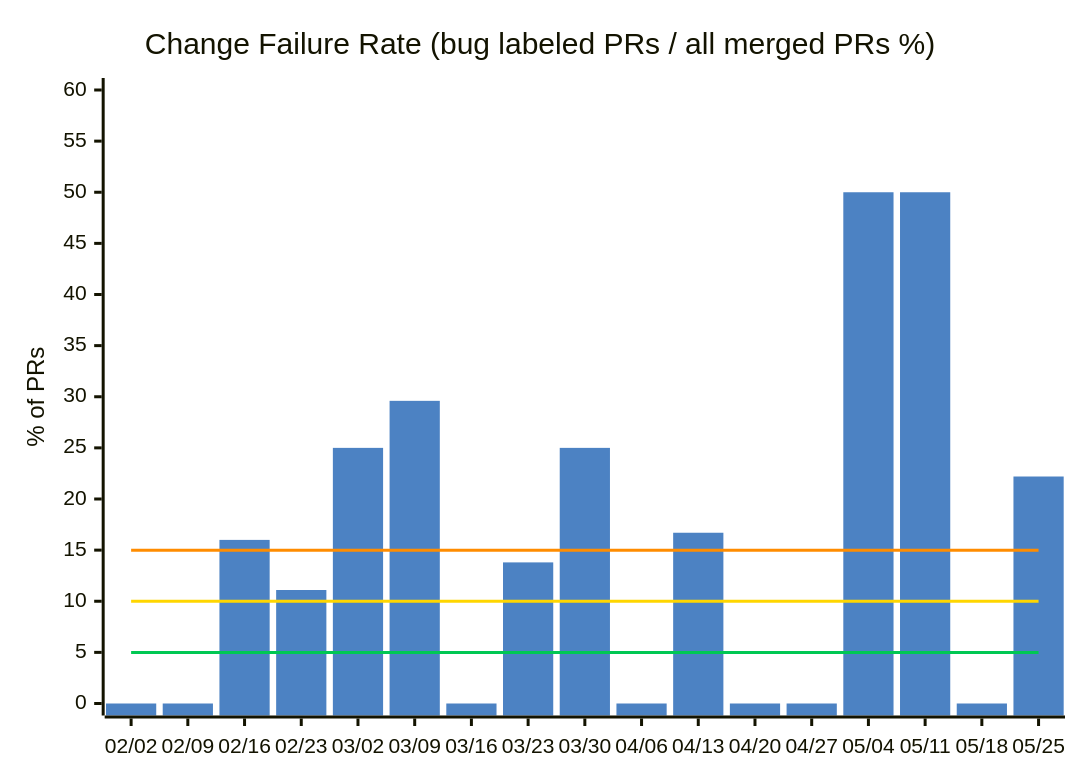
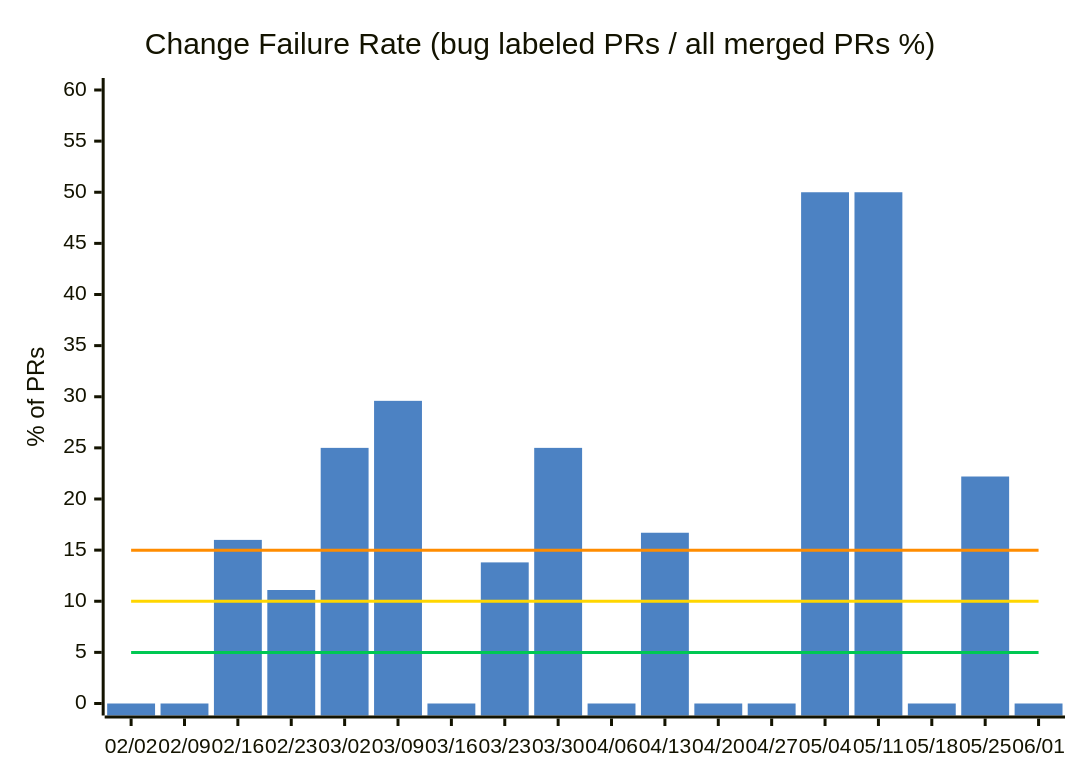
Before and after one commit to nablarch/nabledge-dev: the third of 14 diagrams in docs/metrics.md, drawn with Mermaid. The commit also changed other lines of this file and 2 other files, not shown here.

````diff
--- a/docs/metrics.md
+++ b/docs/metrics.md
@@ -61,11 +61,11 @@
 ```mermaid
 %%{init: {'theme': 'base', 'themeVariables': {'xyChart': {'plotColorPalette': '#4C82C3,#00C853,#FFD600,#FF8C00'}}}}%%
 xychart-beta
   title "Change Failure Rate (bug labeled PRs / all merged PRs %)"
-  x-axis ["02/02", "02/09", "02/16", "02/23", "03/02", "03/09", "03/16", "03/23", "03/30", "04/06", "04/13", "04/20", "04/27", "05/04", "05/11", "05/18", "05/25"]
+  x-axis ["02/02", "02/09", "02/16", "02/23", "03/02", "03/09", "03/16", "03/23", "03/30", "04/06", "04/13", "04/20", "04/27", "05/04", "05/11", "05/18", "05/25", "06/01"]
   y-axis "% of PRs" 0 --> 60
-  bar [0, 0, 16, 11.1, 25, 29.6, 0, 13.8, 25, 0, 16.7, 0, 0, 50, 50, 0, 22.2]
-  line [5, 5, 5, 5, 5, 5, 5, 5, 5, 5, 5, 5, 5, 5, 5, 5, 5]
-  line [10, 10, 10, 10, 10, 10, 10, 10, 10, 10, 10, 10, 10, 10, 10, 10, 10]
-  line [15, 15, 15, 15, 15, 15, 15, 15, 15, 15, 15, 15, 15, 15, 15, 15, 15]
+  bar [0, 0, 16, 11.1, 25, 29.6, 0, 13.8, 25, 0, 16.7, 0, 0, 50, 50, 0, 22.2, 0]
+  line [5, 5, 5, 5, 5, 5, 5, 5, 5, 5, 5, 5, 5, 5, 5, 5, 5, 5]
+  line [10, 10, 10, 10, 10, 10, 10, 10, 10, 10, 10, 10, 10, 10, 10, 10, 10, 10]
+  line [15, 15, 15, 15, 15, 15, 15, 15, 15, 15, 15, 15, 15, 15, 15, 15, 15, 15]
 ```
````
